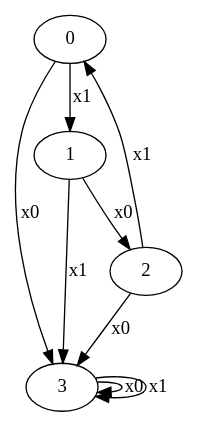
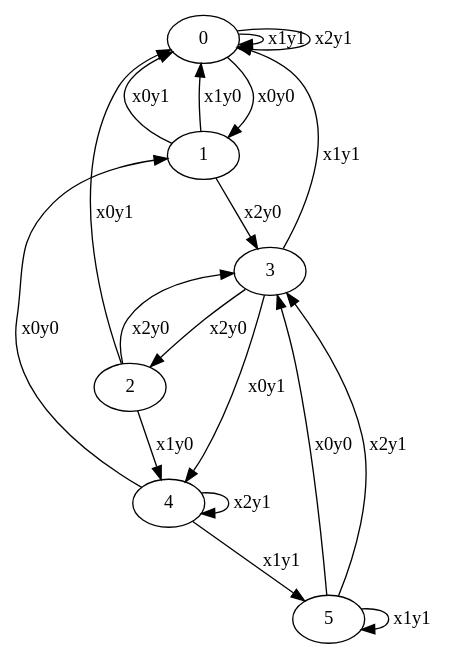
One commit to waslost0/tafl changed the diagram in minimiz/graph.dot. Above: the diagram before and after it, drawn with Graphviz. The commit also changed 6 other files, not shown here.

```diff
--- a/minimiz/graph.dot
+++ b/minimiz/graph.dot
@@ -1,10 +1,20 @@
 digraph {
-	0 -> 3[label=x0];
-	0 -> 1[label=x1];
-	1 -> 2[label=x0];
-	1 -> 3[label=x1];
-	2 -> 3[label=x0];
-	2 -> 0[label=x1];
-	3 -> 3[label=x0];
-	3 -> 3[label=x1];
+	0 -> 1[label=x0y0];
+	0 -> 0[label=x1y1];
+	0 -> 0[label=x2y1];
+	1 -> 0[label=x0y1];
+	1 -> 0[label=x1y0];
+	1 -> 3[label=x2y0];
+	2 -> 0[label=x0y1];
+	2 -> 4[label=x1y0];
+	2 -> 3[label=x2y0];
+	3 -> 4[label=x0y1];
+	3 -> 0[label=x1y1];
+	3 -> 2[label=x2y0];
+	4 -> 1[label=x0y0];
+	4 -> 5[label=x1y1];
+	4 -> 4[label=x2y1];
+	5 -> 3[label=x0y0];
+	5 -> 5[label=x1y1];
+	5 -> 3[label=x2y1];
 }
```
